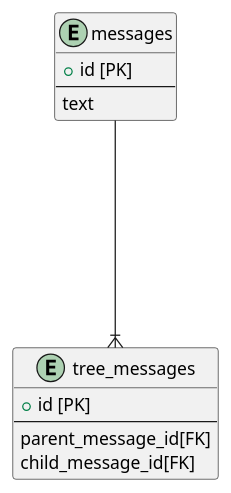
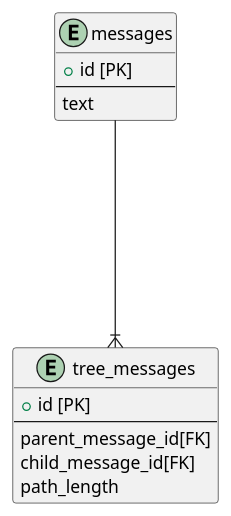
The diagram in 09/task4-2.puml (tasdsn/praha), drawn with PlantUML before and after one commit. The commit also changed 1 other file, not shown here.

Commit message:
fix:path_length追加

```diff
--- a/09/task4-2.puml
+++ b/09/task4-2.puml
@@ -1,19 +1,20 @@
 @startuml
 '09_アンチパターン4
 
 entity messages {
   + id [PK]
   --
   text
 }
 
 entity tree_messages {
   + id [PK]
   --
   parent_message_id[FK]
   child_message_id[FK]
+  path_length
 }
 
 messages ----|{ tree_messages
 
 @enduml
```
